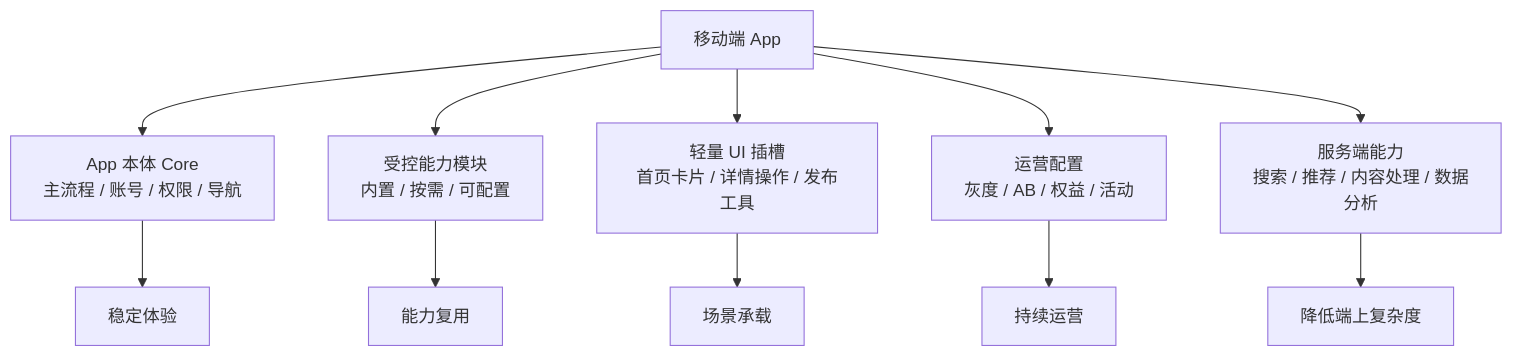
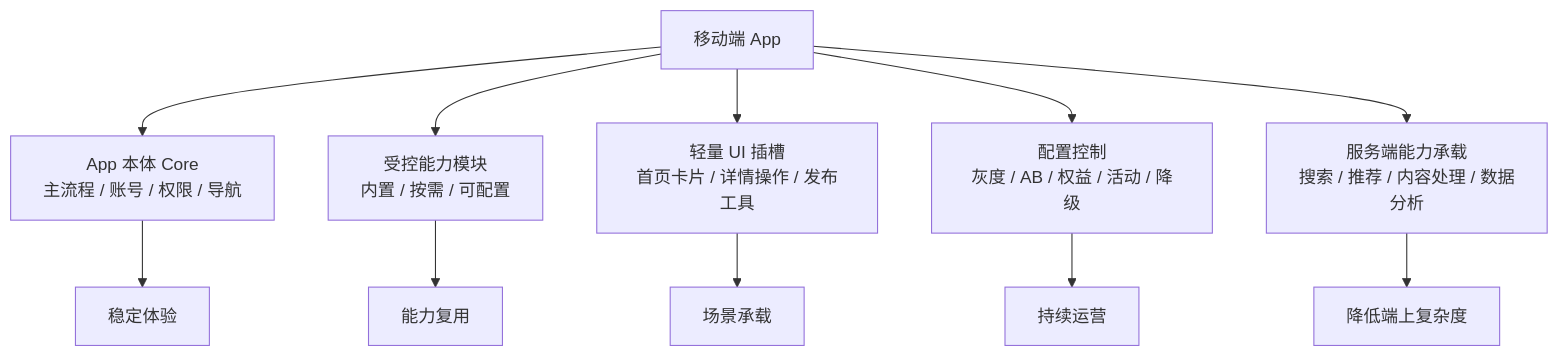
One commit to XiaoYang1127/dev-doc changed the first of 7 diagrams in job/mod/mobile-plugin-modularization.md. Above: the diagram before and after it, drawn with Mermaid. The commit also changed other lines of this file and 5 other files, not shown here.

````diff
--- a/job/mod/mobile-plugin-modularization.md
+++ b/job/mod/mobile-plugin-modularization.md
@@ -19,14 +21,14 @@
 ```mermaid
 flowchart TB
     App[移动端 App] --> Core[App 本体 Core<br/>主流程 / 账号 / 权限 / 导航]
     App --> Modules[受控能力模块<br/>内置 / 按需 / 可配置]
     App --> Slots[轻量 UI 插槽<br/>首页卡片 / 详情操作 / 发布工具]
-    App --> Config[运营配置<br/>灰度 / AB / 权益 / 活动]
-    App --> Services[服务端能力<br/>搜索 / 推荐 / 内容处理 / 数据分析]
+    App --> Config[配置控制<br/>灰度 / AB / 权益 / 活动 / 降级]
+    App --> Services[服务端能力承载<br/>搜索 / 推荐 / 内容处理 / 数据分析]
 
     Core --> Stable[稳定体验]
     Modules --> Reuse[能力复用]
     Slots --> Scene[场景承载]
     Config --> Growth[持续运营]
     Services --> Light[降低端上复杂度]
 ```
````
